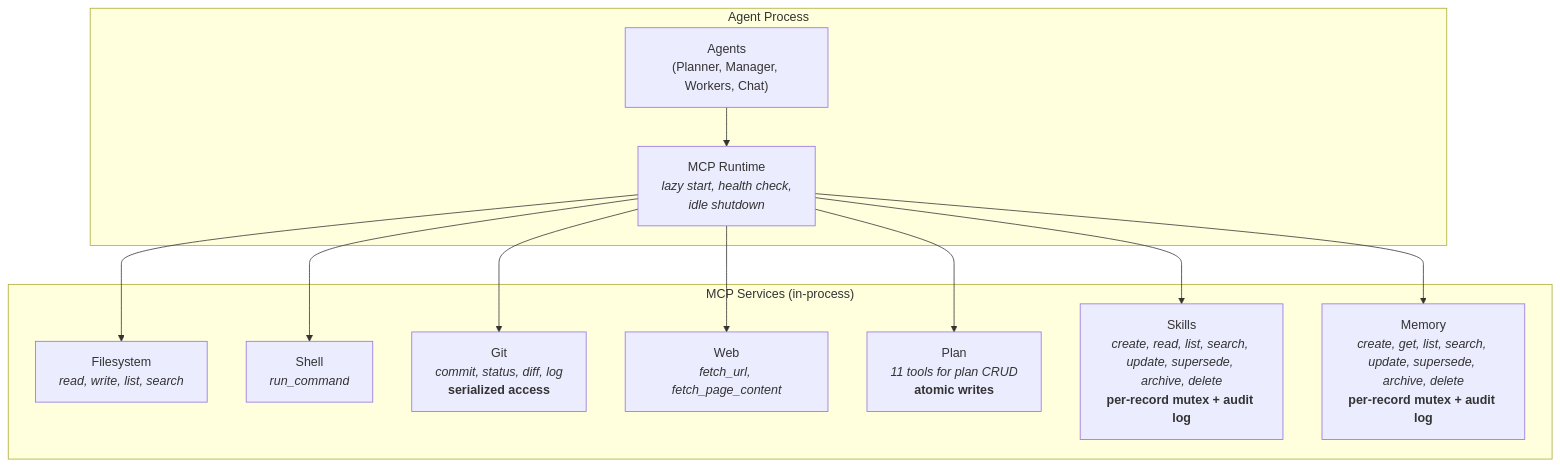
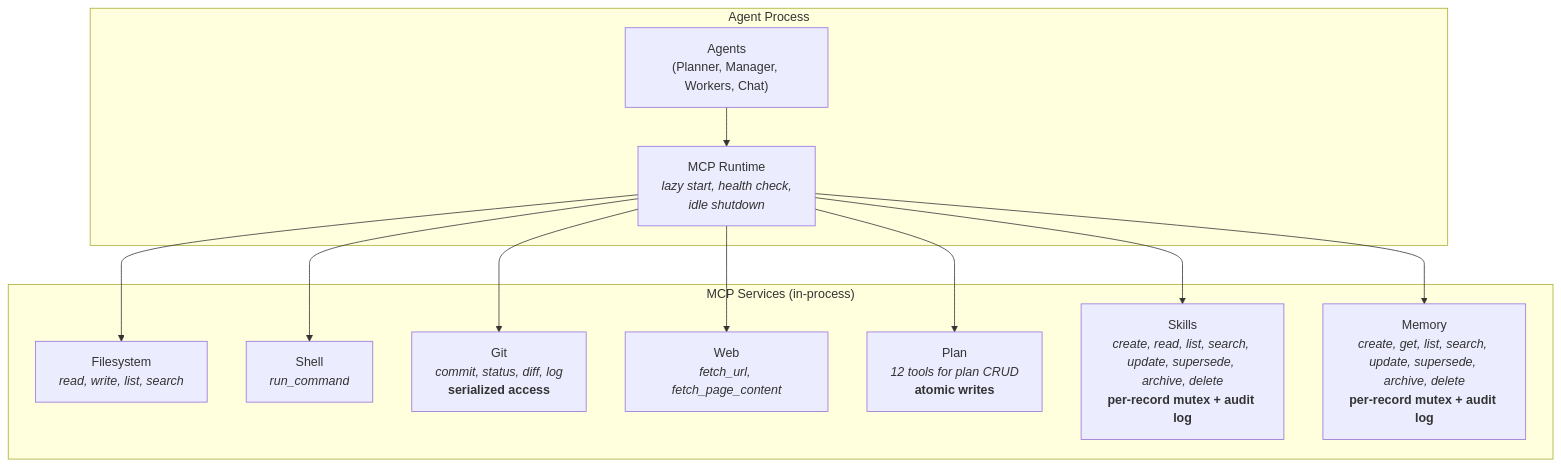
Before and after one commit to salva/saivage: the tenth of 14 diagrams in SPEC/v2/06-SYSTEM-DESIGN.md, drawn with Mermaid. The commit also changed other lines of this file and 39 other files, not shown here.

````diff
--- a/SPEC/v2/06-SYSTEM-DESIGN.md
+++ b/SPEC/v2/06-SYSTEM-DESIGN.md
@@ -523,20 +522,20 @@
 ```mermaid
 graph TB
     subgraph "Agent Process"
         AGENTS["Agents<br/>(Planner, Manager, Workers, Chat)"]
         MCPRT["MCP Runtime<br/><i>lazy start, health check,<br/>idle shutdown</i>"]
     end
 
     subgraph "MCP Services (in-process)"
         FS["Filesystem<br/><i>read, write, list, search</i>"]
         SH["Shell<br/><i>run_command</i>"]
         GIT["Git<br/><i>commit, status, diff, log</i><br/><b>serialized access</b>"]
         WEB["Web<br/><i>fetch_url, fetch_page_content</i>"]
-        PLAN["Plan<br/><i>11 tools for plan CRUD</i><br/><b>atomic writes</b>"]
+        PLAN["Plan<br/><i>12 tools for plan CRUD</i><br/><b>atomic writes</b>"]
         SK["Skills<br/><i>create, read, list, search, update, supersede, archive, delete</i><br/><b>per-record mutex + audit log</b>"]
         MEM["Memory<br/><i>create, get, list, search, update, supersede, archive, delete</i><br/><b>per-record mutex + audit log</b>"]
     end
 
     AGENTS --> MCPRT
     MCPRT --> FS & SH & GIT & WEB & PLAN & SK & MEM
 ```
````
